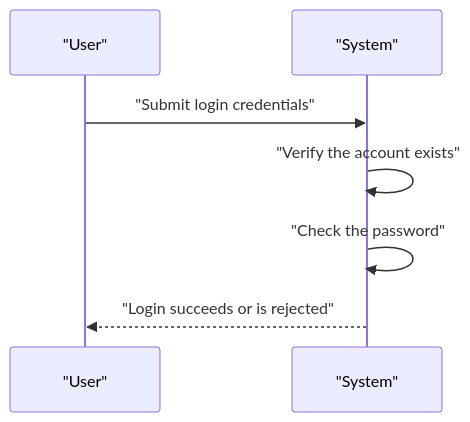
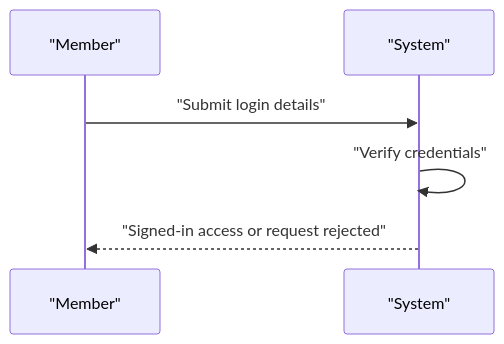
The third of 10 diagrams in openai/gpt-5.4-mini/todo/docs/analysis/01-actors-and-auth.md (wrtnlabs/autobe-examples), drawn with Mermaid before and after one commit. The commit also changed other lines of this file and 6645 other files, not shown here.

````diff
--- a/openai/gpt-5.4-mini/todo/docs/analysis/01-actors-and-auth.md
+++ b/openai/gpt-5.4-mini/todo/docs/analysis/01-actors-and-auth.md
@@ -164,9 +147,8 @@
 ```mermaid
 sequenceDiagram
-    participant U as "User"
+    participant M as "Member"
     participant S as "System"
-    U->>S: "Submit login credentials"
-    S->>S: "Verify the account exists"
-    S->>S: "Check the password"
-    S-->>U: "Login succeeds or is rejected"
+    M->>S: "Submit login details"
+    S->>S: "Verify credentials"
+    S-->>M: "Signed-in access or request rejected"
 ```
````
